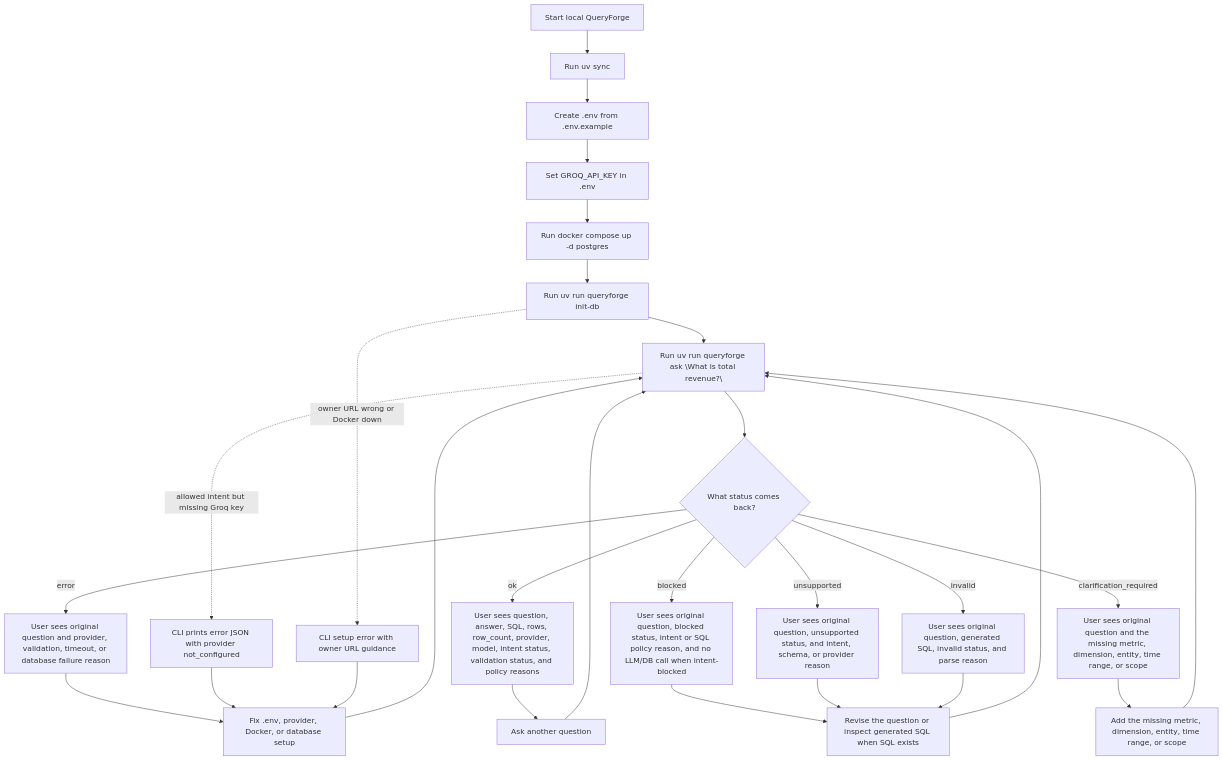
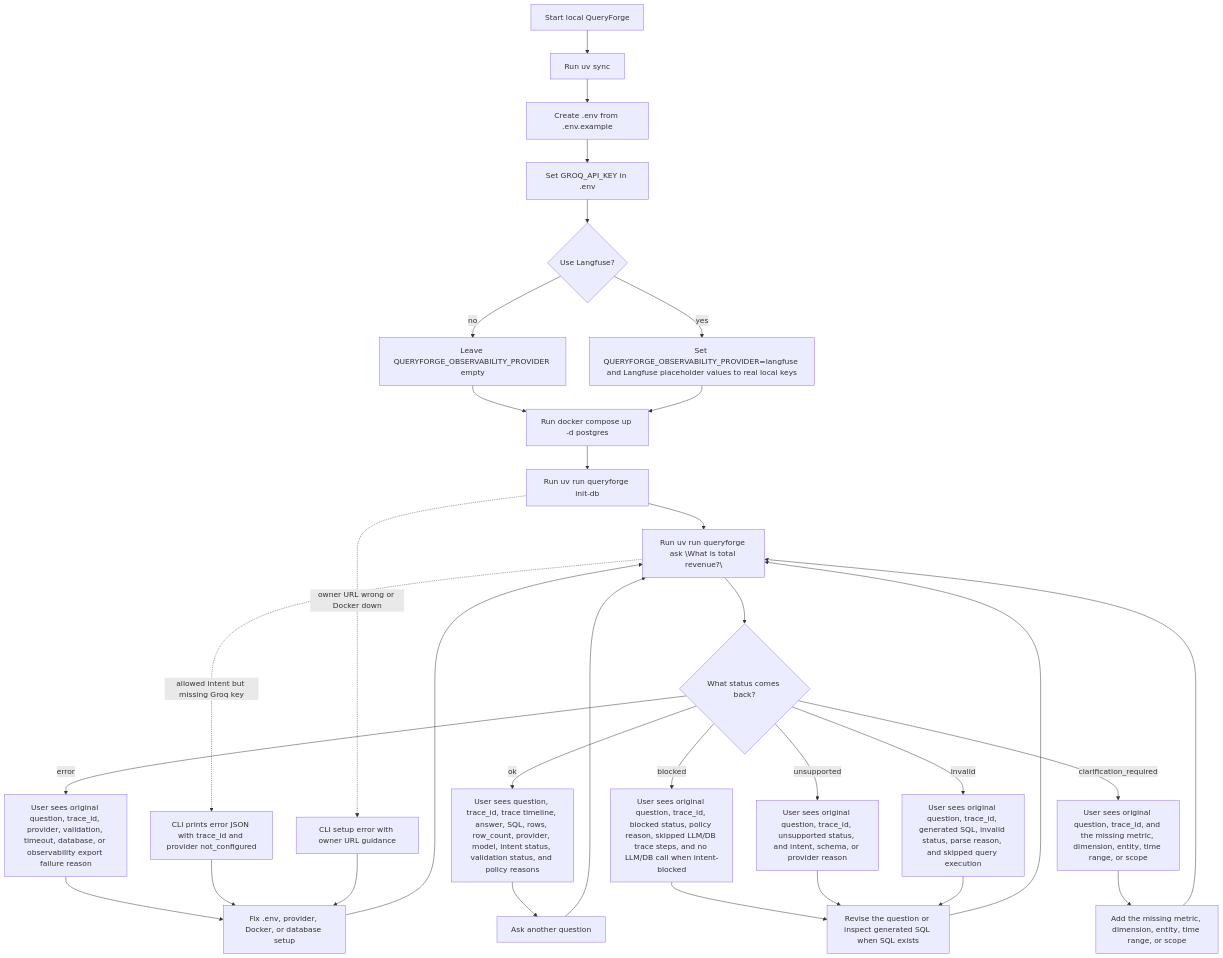
Before and after one commit to arpan-artisan/QueryForge: the third of 3 diagrams in docs/architecture-diagrams.md, drawn with Mermaid. The commit also changed other lines of this file and 24 other files, not shown here.

Commit message:
Add LangGraph Langfuse observability

````diff
--- a/docs/architecture-diagrams.md
+++ b/docs/architecture-diagrams.md
@@ -198,34 +269,39 @@
 ```mermaid
 flowchart TD
     start["Start local QueryForge"] --> deps["Run uv sync"]
     deps --> env_file["Create .env from .env.example"]
     env_file --> key["Set GROQ_API_KEY in .env"]
-    key --> db_start["Run docker compose up -d postgres"]
+    key --> optional_langfuse{"Use Langfuse?"}
+    optional_langfuse -- no --> no_obs["Leave QUERYFORGE_OBSERVABILITY_PROVIDER empty"]
+    optional_langfuse -- yes --> obs_keys["Set QUERYFORGE_OBSERVABILITY_PROVIDER=langfuse and Langfuse placeholder values to real local keys"]
+
+    no_obs --> db_start["Run docker compose up -d postgres"]
+    obs_keys --> db_start
     db_start --> init_db["Run uv run queryforge init-db"]
     init_db --> ask["Run uv run queryforge ask \"What is total revenue?\""]
 
     init_db -. owner URL wrong or Docker down .-> setup_error["CLI setup error with owner URL guidance"]
-    ask -. allowed intent but missing Groq key .-> credential_error["CLI prints error JSON with provider not_configured"]
+    ask -. allowed intent but missing Groq key .-> credential_error["CLI prints error JSON with trace_id and provider not_configured"]
 
     ask --> status{"What status comes back?"}
-    status -- ok --> success["User sees question, answer, SQL, rows, row_count, provider, model, intent status, validation status, and policy reasons"]
-    status -- blocked --> blocked["User sees original question, blocked status, intent or SQL policy reason, and no LLM/DB call when intent-blocked"]
-    status -- unsupported --> unsupported["User sees original question, unsupported status, and intent, schema, or provider reason"]
-    status -- clarification_required --> clarification["User sees original question and the missing metric, dimension, entity, time range, or scope"]
-    status -- invalid --> invalid["User sees original question, generated SQL, invalid status, and parse reason"]
-    status -- error --> error["User sees original question and provider, validation, timeout, or database failure reason"]
+    status -- ok --> success["User sees question, trace_id, trace timeline, answer, SQL, rows, row_count, provider, model, intent status, validation status, and policy reasons"]
+    status -- blocked --> blocked["User sees original question, trace_id, blocked status, policy reason, skipped LLM/DB trace steps, and no LLM/DB call when intent-blocked"]
+    status -- unsupported --> unsupported["User sees original question, trace_id, unsupported status, and intent, schema, or provider reason"]
+    status -- clarification_required --> clarification["User sees original question, trace_id, and the missing metric, dimension, entity, time range, or scope"]
+    status -- invalid --> invalid["User sees original question, trace_id, generated SQL, invalid status, parse reason, and skipped query execution"]
+    status -- error --> error["User sees original question, trace_id, provider, validation, timeout, database, or observability export failure reason"]
 
     success --> next_question["Ask another question"]
     blocked --> revise["Revise the question or inspect generated SQL when SQL exists"]
     unsupported --> revise
     clarification --> clarify_question["Add the missing metric, dimension, entity, time range, or scope"]
     clarify_question --> ask
     invalid --> revise
     error --> fix_setup["Fix .env, provider, Docker, or database setup"]
     credential_error --> fix_setup
     setup_error --> fix_setup
 
     revise --> ask
     fix_setup --> ask
     next_question --> ask
 ```
````
